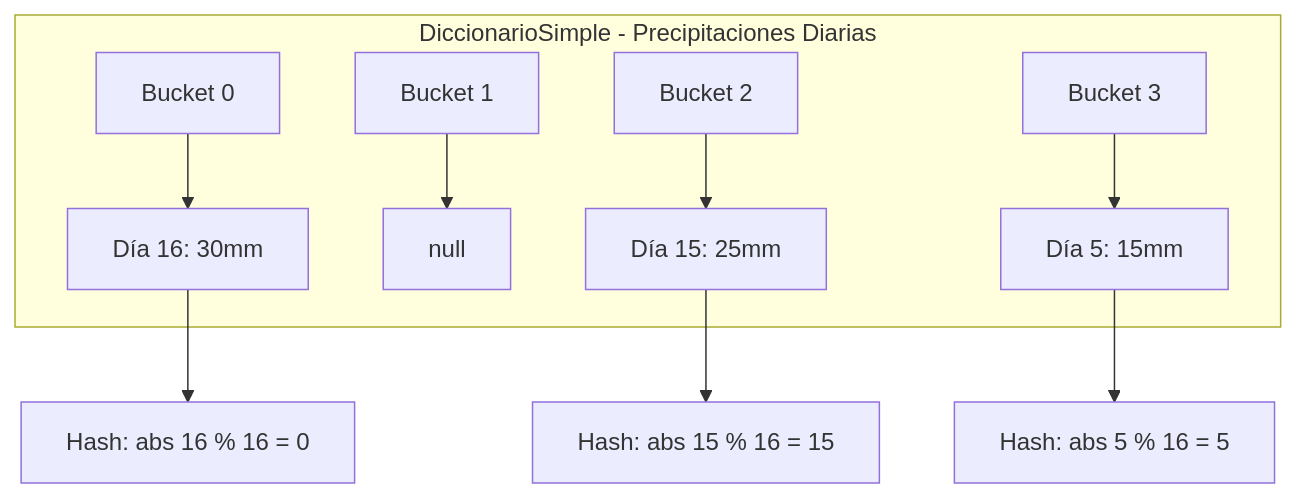
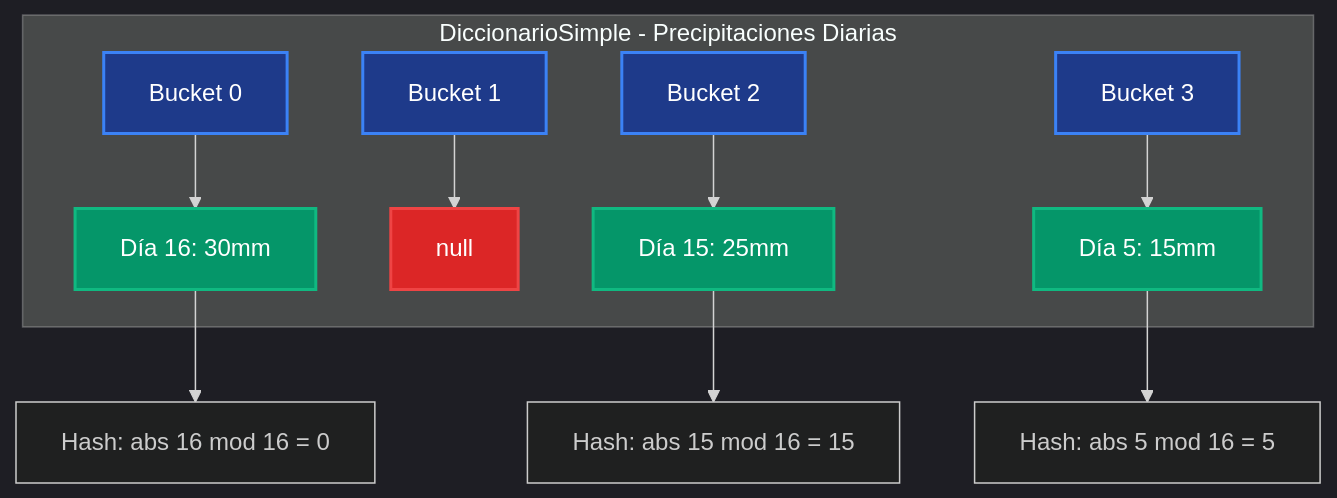
One commit to pybalt/algo2 changed the eighth of 19 diagrams in tp-final/README_IMPLEMENTACIONES.md. Above: the diagram before and after it, drawn with Mermaid. The commit also changed other lines of this file, not shown here.

Commit message:
Refine README_IMPLEMENTACIONES.md by enhancing dark mode support for mermaid diagrams and improving style consistency across various sections, ensuring better visual clarity.

````diff
--- a/tp-final/README_IMPLEMENTACIONES.md
+++ b/tp-final/README_IMPLEMENTACIONES.md
@@ -186,13 +190,23 @@
 ```mermaid
+%%{init: {'theme':'dark'}}%%
 graph TB
     subgraph "DiccionarioSimple - Precipitaciones Diarias"
         A[Bucket 0] --> B[Día 16: 30mm]
         C[Bucket 1] --> D[null]
         E[Bucket 2] --> F[Día 15: 25mm]
         G[Bucket 3] --> H[Día 5: 15mm]
     end
     
-    B --> I[Hash: abs 16 % 16 = 0]
-    F --> J[Hash: abs 15 % 16 = 15]
-    H --> K[Hash: abs 5 % 16 = 5]
+    B --> I[Hash: abs 16 mod 16 = 0]
+    F --> J[Hash: abs 15 mod 16 = 15]
+    H --> K[Hash: abs 5 mod 16 = 5]
+    
+    style A fill:#1e3a8a,stroke:#3b82f6,stroke-width:2px,color:#fff
+    style C fill:#1e3a8a,stroke:#3b82f6,stroke-width:2px,color:#fff
+    style E fill:#1e3a8a,stroke:#3b82f6,stroke-width:2px,color:#fff
+    style G fill:#1e3a8a,stroke:#3b82f6,stroke-width:2px,color:#fff
+    style B fill:#059669,stroke:#10b981,stroke-width:2px,color:#fff
+    style D fill:#dc2626,stroke:#ef4444,stroke-width:2px,color:#fff
+    style F fill:#059669,stroke:#10b981,stroke-width:2px,color:#fff
+    style H fill:#059669,stroke:#10b981,stroke-width:2px,color:#fff
 ```
````
